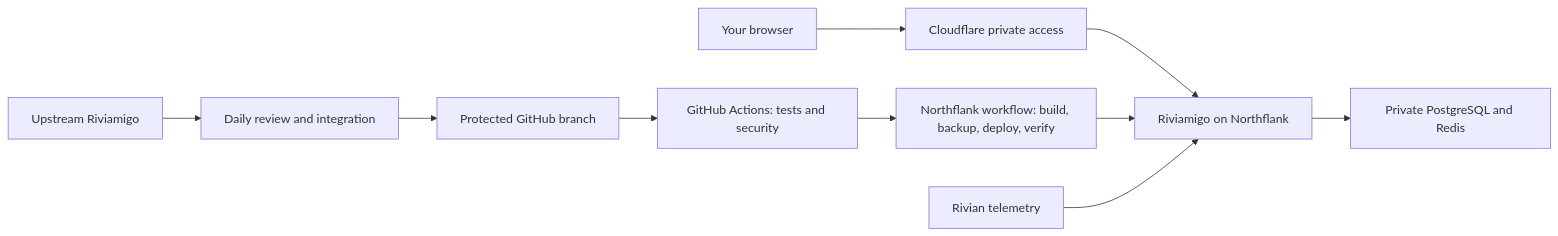
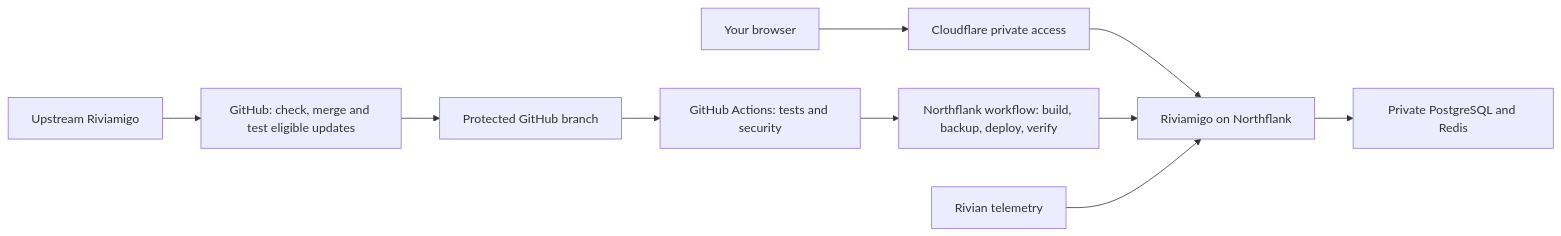
The diagram in docs/runbooks/native-northflank-release.md (rahulrsingh09/Riviamigo), drawn with Mermaid before and after one commit. The commit also changed other lines of this file and 16 other files, not shown here.

Commit message:
Automate eligible upstream promotion through guarded GitHub CI and native releases

````diff
--- a/docs/runbooks/native-northflank-release.md
+++ b/docs/runbooks/native-northflank-release.md
@@ -15,12 +15,12 @@
 ```mermaid
 flowchart LR
-  Upstream[Upstream Riviamigo] --> Review[Daily review and integration]
+  Upstream[Upstream Riviamigo] --> Review[GitHub: check, merge and test eligible updates]
   Review --> GitHub[Protected GitHub branch]
   GitHub --> CI[GitHub Actions: tests and security]
   CI --> NF[Northflank workflow: build, backup, deploy, verify]
   User[Your browser] --> CF[Cloudflare private access]
   CF --> App[Riviamigo on Northflank]
   NF --> App
   App --> DB[Private PostgreSQL and Redis]
   Rivian[Rivian telemetry] --> App
 ```
````
